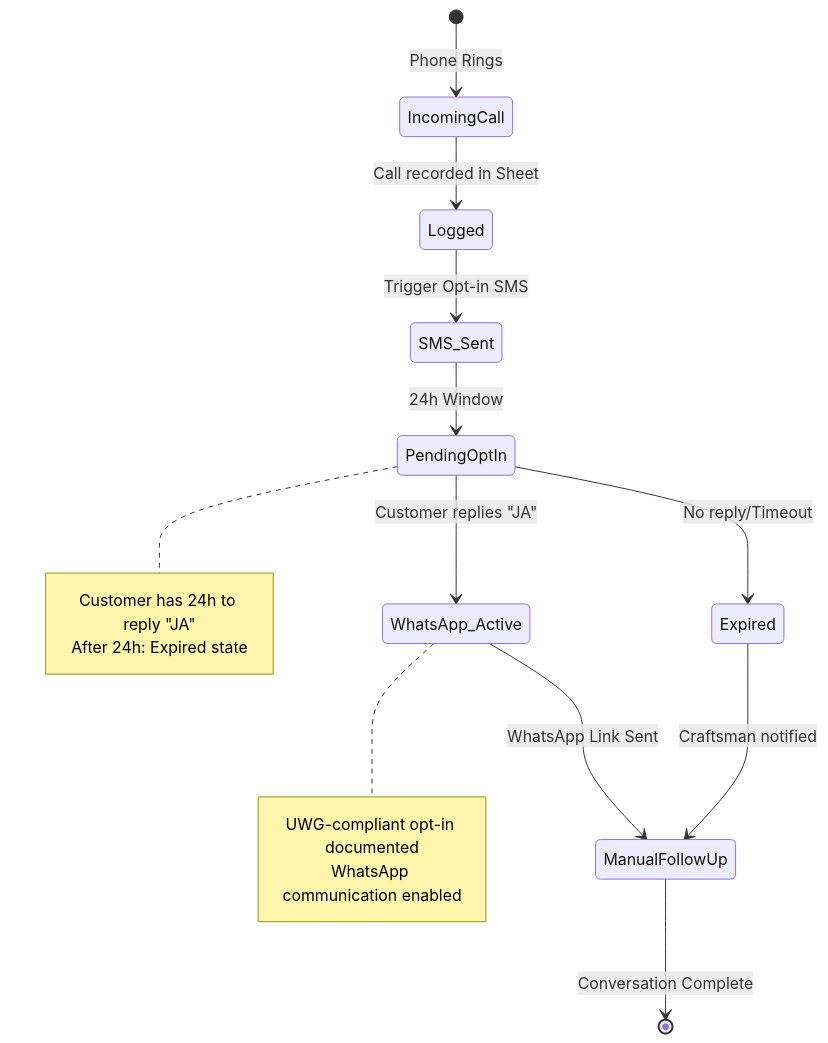
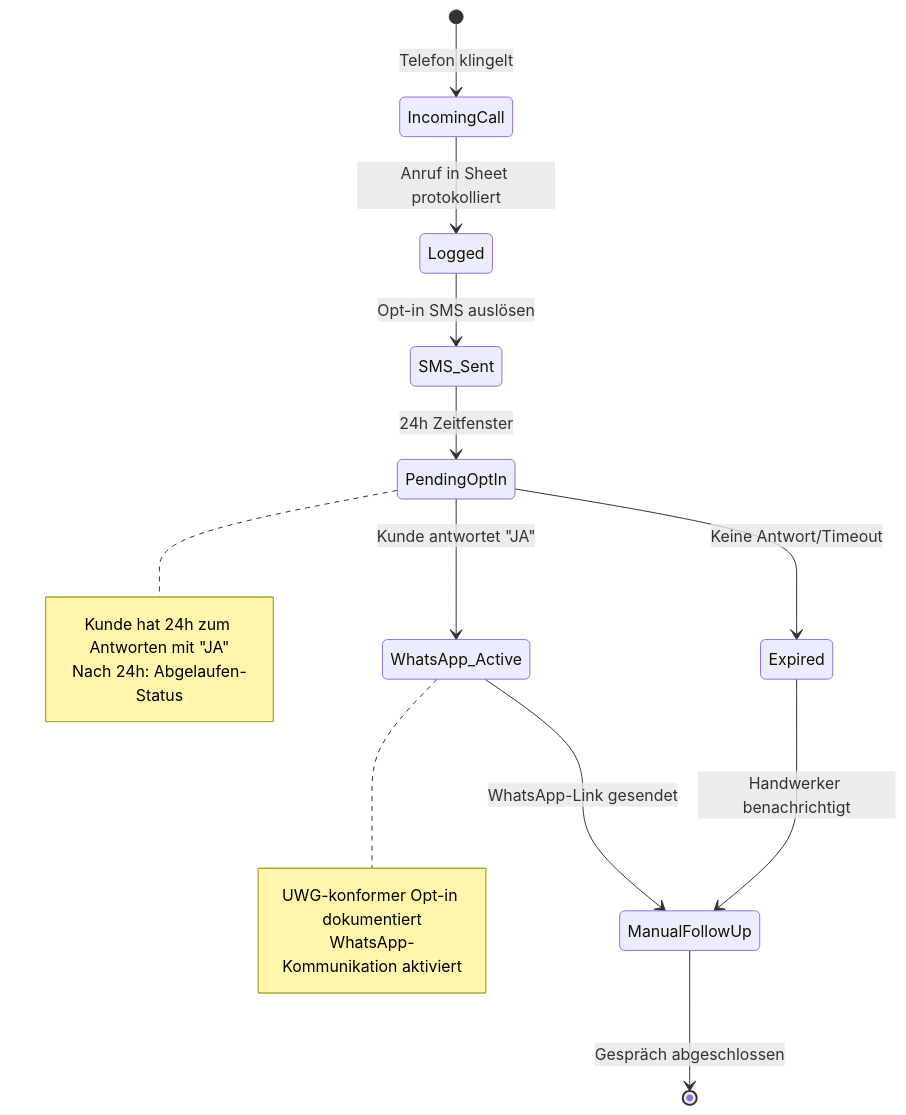
The fourth of 9 diagrams in ARCHITECTURE.md (avion23/meisteranruf-backend), drawn with Mermaid before and after one commit. The commit also changed other lines of this file and 3 other files, not shown here.

````diff
--- a/ARCHITECTURE.md
+++ b/ARCHITECTURE.md
@@ -127,25 +127,25 @@
 ```mermaid
 stateDiagram-v2
-    [*] --> IncomingCall: Phone Rings
-    IncomingCall --> Logged: Call recorded in Sheet
-    Logged --> SMS_Sent: Trigger Opt-in SMS
-    SMS_Sent --> PendingOptIn: 24h Window
+    [*] --> IncomingCall: Telefon klingelt
+    IncomingCall --> Logged: Anruf in Sheet protokolliert
+    Logged --> SMS_Sent: Opt-in SMS auslösen
+    SMS_Sent --> PendingOptIn: 24h Zeitfenster
     
-    PendingOptIn --> WhatsApp_Active: Customer replies "JA"
-    PendingOptIn --> Expired: No reply/Timeout
+    PendingOptIn --> WhatsApp_Active: Kunde antwortet "JA"
+    PendingOptIn --> Expired: Keine Antwort/Timeout
     
-    WhatsApp_Active --> ManualFollowUp: WhatsApp Link Sent
-    Expired --> ManualFollowUp: Craftsman notified
+    WhatsApp_Active --> ManualFollowUp: WhatsApp-Link gesendet
+    Expired --> ManualFollowUp: Handwerker benachrichtigt
     
-    ManualFollowUp --> [*]: Conversation Complete
+    ManualFollowUp --> [*]: Gespräch abgeschlossen
     
     note right of PendingOptIn
-        Customer has 24h to reply "JA"
-        After 24h: Expired state
+        Kunde hat 24h zum Antworten mit "JA"
+        Nach 24h: Abgelaufen-Status
     end note
     
     note right of WhatsApp_Active
-        UWG-compliant opt-in documented
-        WhatsApp communication enabled
+        UWG-konformer Opt-in dokumentiert
+        WhatsApp-Kommunikation aktiviert
     end note
 ```
````
